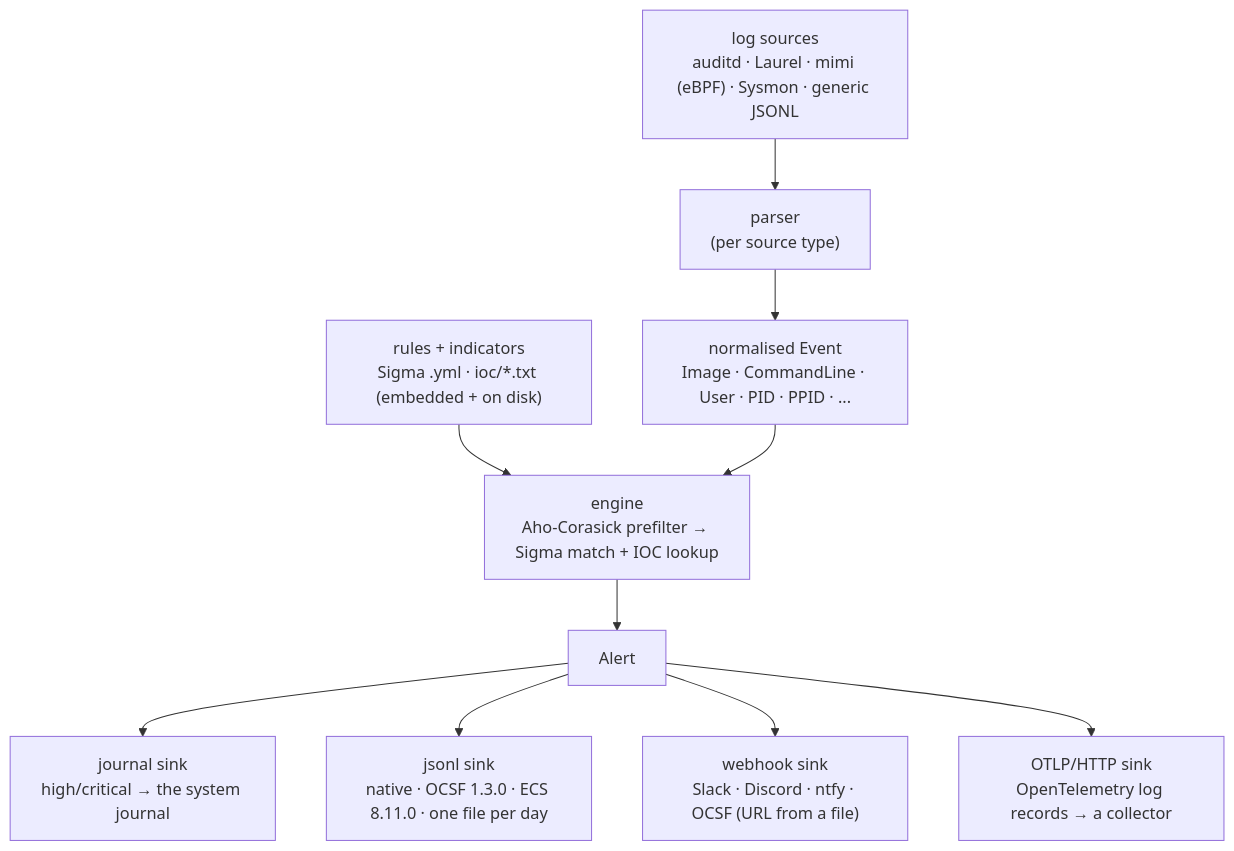
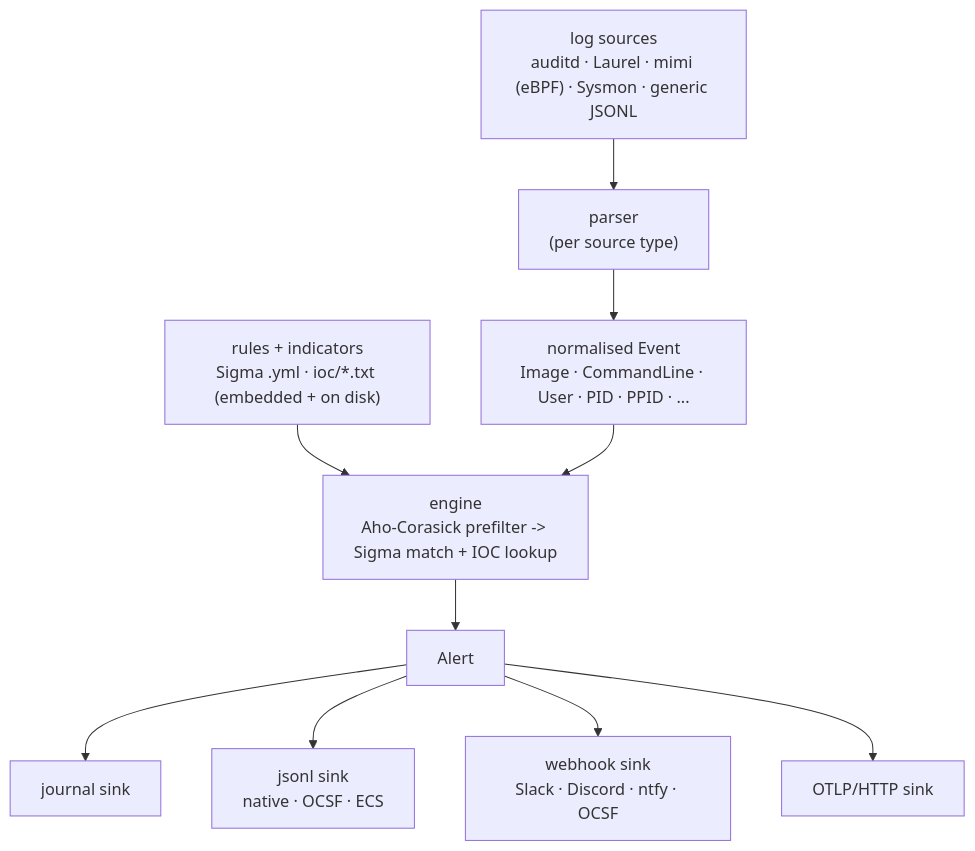
Before and after one commit to conor-sometimes/banken: the diagram in README.md, drawn with Mermaid. The commit also changed other lines of this file and 4 other files, not shown here.

````diff
--- a/README.md
+++ b/README.md
@@ -133,12 +218,12 @@
 ```mermaid
 flowchart TD
     SRC["log sources<br/>auditd · Laurel · mimi (eBPF) · Sysmon · generic JSONL"] --> P["parser<br/>(per source type)"]
     P --> EV["normalised Event<br/>Image · CommandLine · User · PID · PPID · ..."]
     RUL["rules + indicators<br/>Sigma .yml · ioc/*.txt (embedded + on disk)"] --> ENG
-    EV --> ENG["engine<br/>Aho-Corasick prefilter → Sigma match + IOC lookup"]
+    EV --> ENG["engine<br/>Aho-Corasick prefilter -> Sigma match + IOC lookup"]
     ENG --> AL["Alert"]
-    AL --> S1["journal sink<br/>high/critical → the system journal"]
-    AL --> S2["jsonl sink<br/>native · OCSF 1.3.0 · ECS 8.11.0 · one file per day"]
-    AL --> S3["webhook sink<br/>Slack · Discord · ntfy · OCSF (URL from a file)"]
-    AL --> S4["OTLP/HTTP sink<br/>OpenTelemetry log records → a collector"]
+    AL --> S1["journal sink"]
+    AL --> S2["jsonl sink<br/>native · OCSF · ECS"]
+    AL --> S3["webhook sink<br/>Slack · Discord · ntfy · OCSF"]
+    AL --> S4["OTLP/HTTP sink"]
 ```
````
